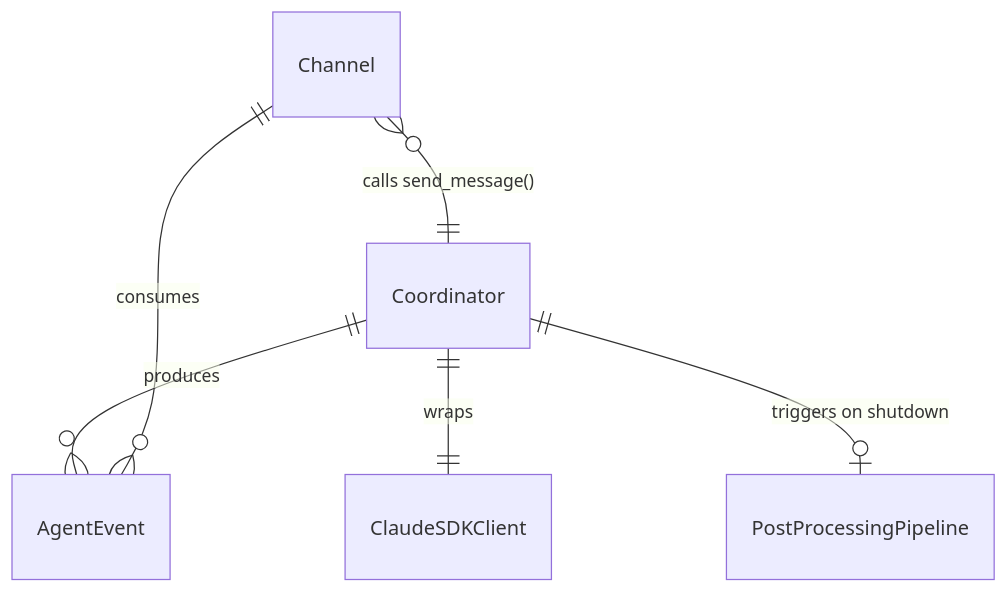
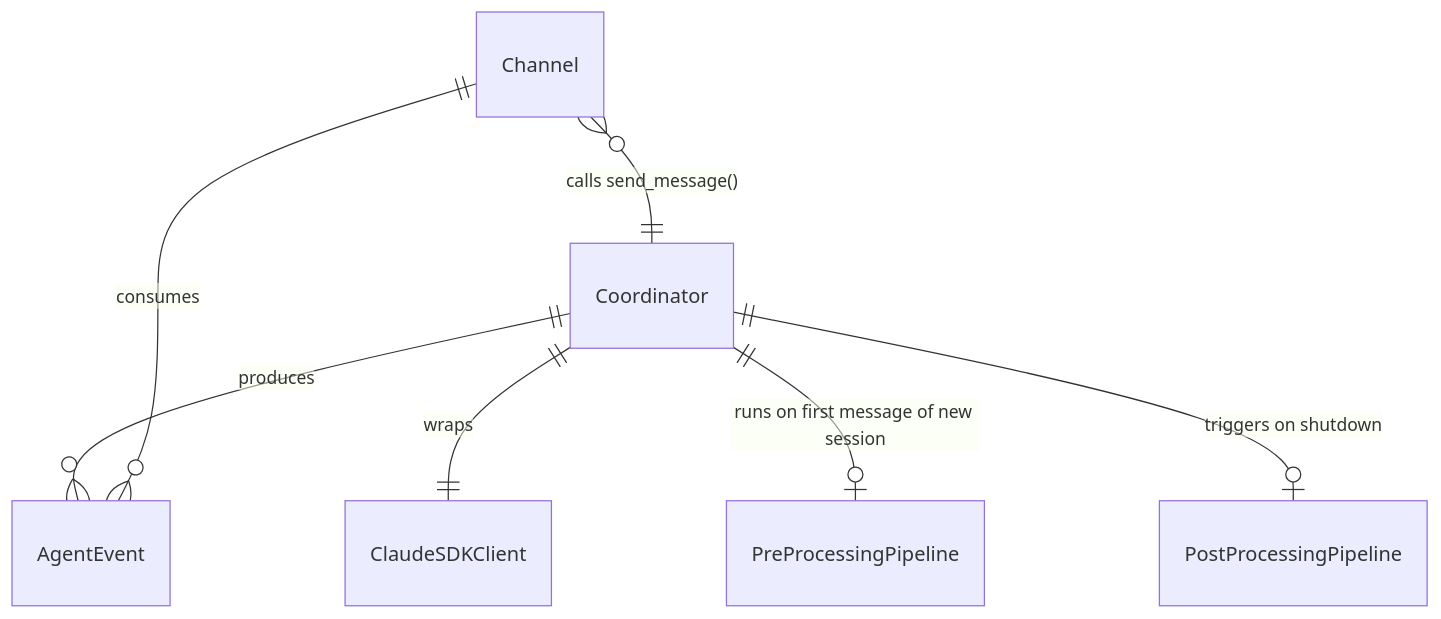
The second of 2 diagrams in docs/feature-designs/agent/core-architecture.md (asermax/tachikoma), drawn with Mermaid before and after one commit. The commit also changed other lines of this file and 13 other files, not shown here.

````diff
--- a/docs/feature-designs/agent/core-architecture.md
+++ b/docs/feature-designs/agent/core-architecture.md
@@ -116,8 +128,9 @@
 ```mermaid
 erDiagram
     Coordinator ||--|| ClaudeSDKClient : wraps
     Coordinator ||--o{ AgentEvent : produces
+    Coordinator ||--o| PreProcessingPipeline : "runs on first message of new session"
     Coordinator ||--o| PostProcessingPipeline : "triggers on shutdown"
     Channel ||--o{ AgentEvent : consumes
     Channel }o--|| Coordinator : "calls send_message()"
 ```
````
